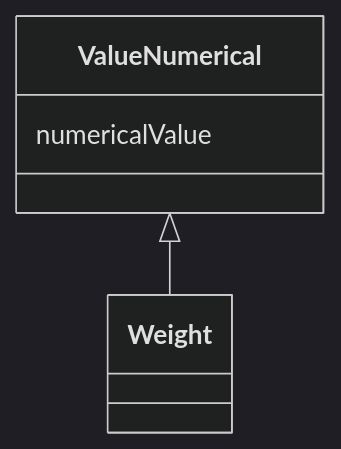
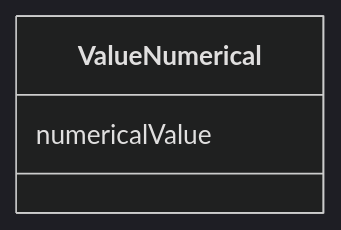
One commit to faqirfoundation/questionnaire-ontology changed the diagram in docs/ValueNumerical.md. Above: the diagram before and after it, drawn with Mermaid (dark theme). The commit also changed other lines of this file and 655 other files, not shown here.

````diff
--- a/docs/ValueNumerical.md
+++ b/docs/ValueNumerical.md
@@ -19,11 +14,8 @@
 ```mermaid
  classDiagram
     class ValueNumerical
     click ValueNumerical href "../ValueNumerical"
-      ValueNumerical <|-- Weight
-        click Weight href "../Weight"
-      
       ValueNumerical : numericalValue
         
       
 ```
````
